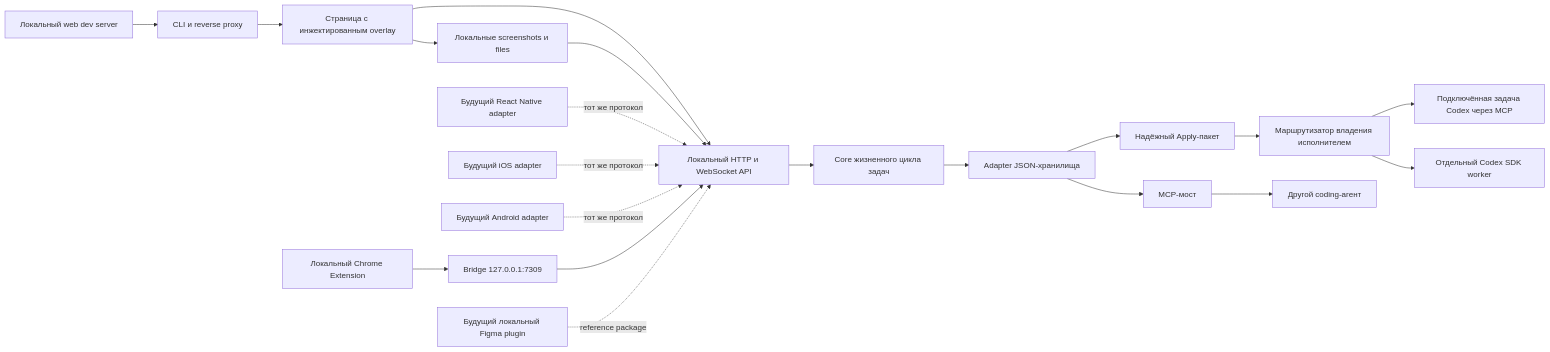
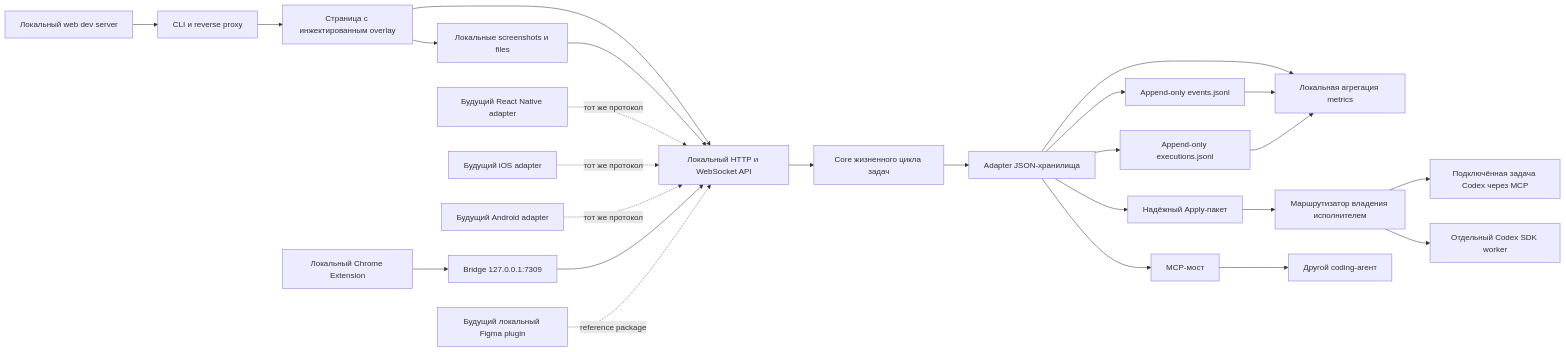
One commit to PRODactionPRO/visual-intent changed the first of 3 diagrams in docs/ARCHITECTURE.md. Above: the diagram before and after it, drawn with Mermaid. The commit also changed other lines of this file and 63 other files, not shown here.

````diff
--- a/docs/ARCHITECTURE.md
+++ b/docs/ARCHITECTURE.md
@@ -7,23 +7,28 @@
 ```mermaid
 flowchart LR
   App["Локальный web dev server"] --> Proxy["CLI и reverse proxy"]
   Proxy --> Browser["Страница с инжектированным overlay"]
   Browser --> API["Локальный HTTP и WebSocket API"]
   Browser --> Media["Локальные screenshots и files"]
   API --> Core["Core жизненного цикла задач"]
   Media --> API
   Core --> Store["Adapter JSON-хранилища"]
   Store --> Batch["Надёжный Apply-пакет"]
+  Store --> Events["Append-only events.jsonl"]
+  Store --> Executions["Append-only executions.jsonl"]
+  Store --> Metrics
+  Events --> Metrics["Локальная агрегация metrics"]
+  Executions --> Metrics
   Batch --> Router["Маршрутизатор владения исполнителем"]
   Router --> Host["Подключённая задача Codex через MCP"]
   Router --> Dispatcher["Отдельный Codex SDK worker"]
   Store --> MCP["MCP-мост"]
   MCP --> Agent["Другой coding-агент"]
 
   RN["Будущий React Native adapter"] -. "тот же протокол" .-> API
   IOS["Будущий iOS adapter"] -. "тот же протокол" .-> API
   Android["Будущий Android adapter"] -. "тот же протокол" .-> API
   Chrome["Локальный Chrome Extension"] --> Bridge["Bridge 127.0.0.1:7309"]
   Bridge --> API
   FigmaPlugin["Будущий локальный Figma plugin"] -. "reference package" .-> API
 ```
````
